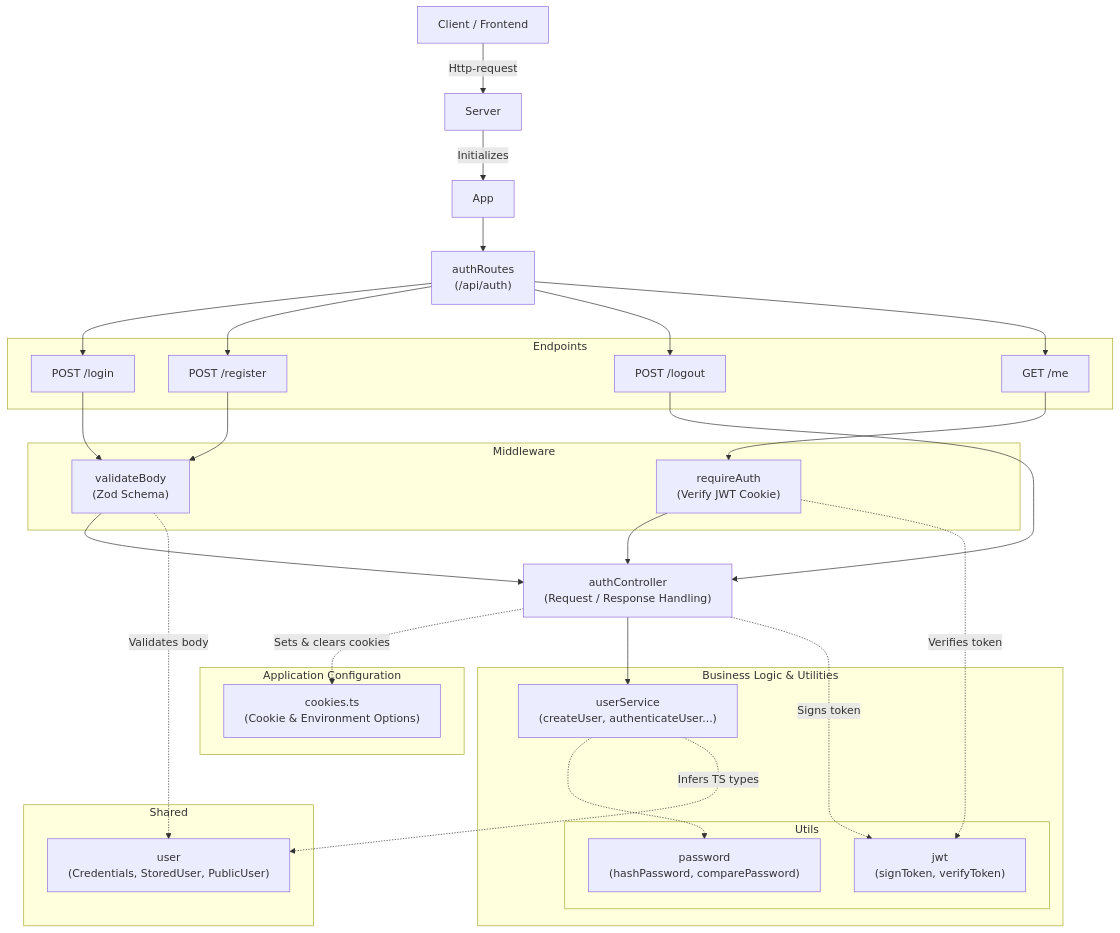
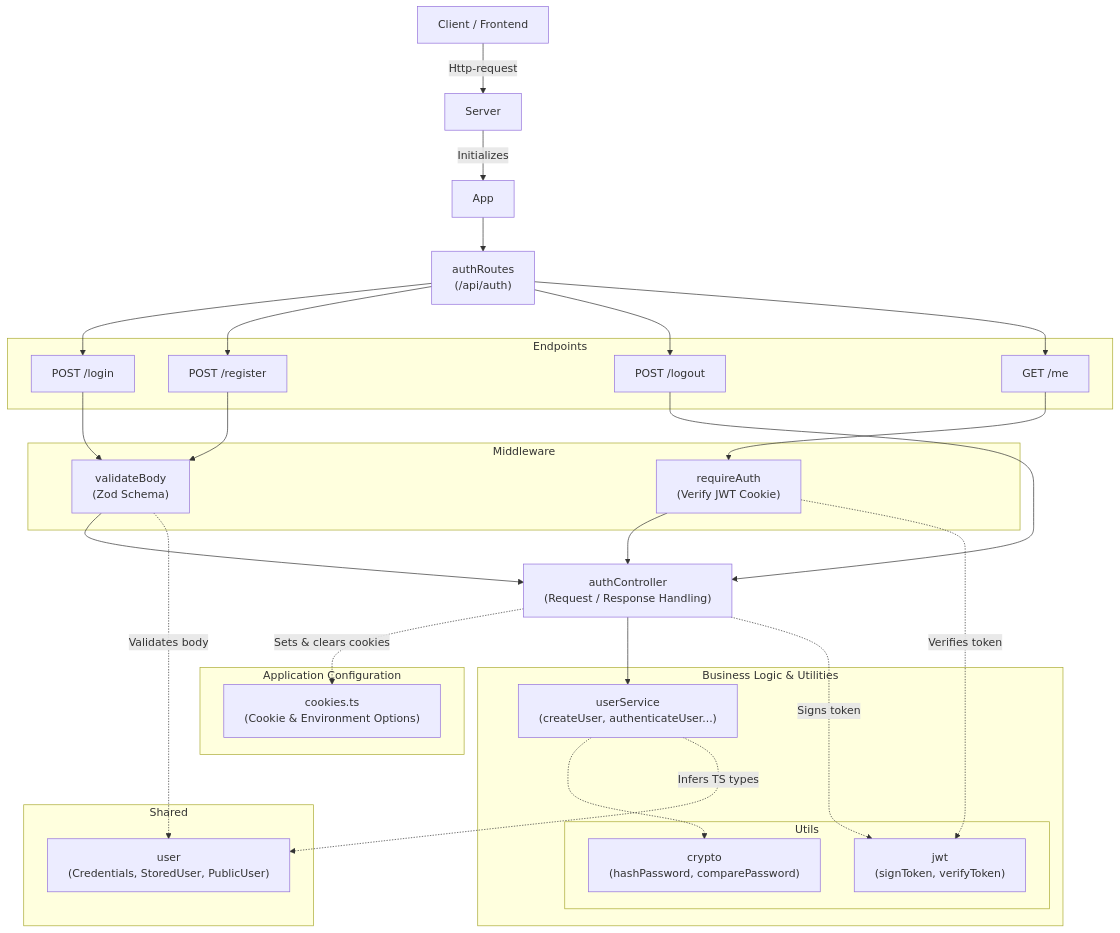
Before and after one commit to jannikwk/login-token-authentication: the diagram in docs/architecture.md, drawn with Mermaid. The commit also changed 6 other files, not shown here.

````diff
--- a/docs/architecture.md
+++ b/docs/architecture.md
@@ -3,68 +3,68 @@
 ```mermaid
 %%{init: {'flowchart': {'wrappingWidth': 600}}}%%
 graph TD
     Client["Client / Frontend"]
     Server
     App
 
     Client -->|Http-request| Server
     Server -->|Initializes| App
 
     Routes["authRoutes <br> (/api/auth)"]
 
     App --> Routes
 
     subgraph Endpoints
         Login["POST /login"]
         Register["POST /register"]
         Logout["POST /logout"]
         Me["GET /me"]
     end
 
     Routes --> Login
     Routes --> Register
     Routes --> Logout
     Routes --> Me
 
     subgraph Middleware
         ValidateBody["validateBody <br> (Zod Schema)"]
         RequireAuth["requireAuth <br> (Verify JWT Cookie)"]
     end
 
     Login --> ValidateBody
     Register --> ValidateBody
     Me --> RequireAuth
 
     AuthController["authController <br> (Request / Response Handling)"]
 
     ValidateBody --> AuthController
     Logout --> AuthController
     RequireAuth --> AuthController
 
     subgraph Configurations ["Application Configuration"]
         Cookies["cookies.ts <br> (Cookie & Environment Options)"]
     end
 
     AuthController -.->|Sets & clears cookies| Cookies
 
     subgraph Business_Logic["Business Logic & Utilities"]
         UserService["userService <br> (createUser, authenticateUser...)"]
 
         subgraph Utils
-            Password["password <br> (hashPassword, comparePassword)"]
+            Crypto["crypto <br> (hashPassword, comparePassword)"]
             JWT["jwt <br> (signToken, verifyToken)"]
         end
     end
 
     AuthController --> UserService
-    UserService -.-> Password
+    UserService -.-> Crypto
     AuthController -.->|Signs token| JWT
     RequireAuth -.->|Verifies token| JWT
 
     subgraph Shared
         User["user <br> (Credentials, StoredUser, PublicUser)"]
     end
 
     ValidateBody -.->|Validates body| User
     UserService -.->|Infers TS types| User
 ```
````
